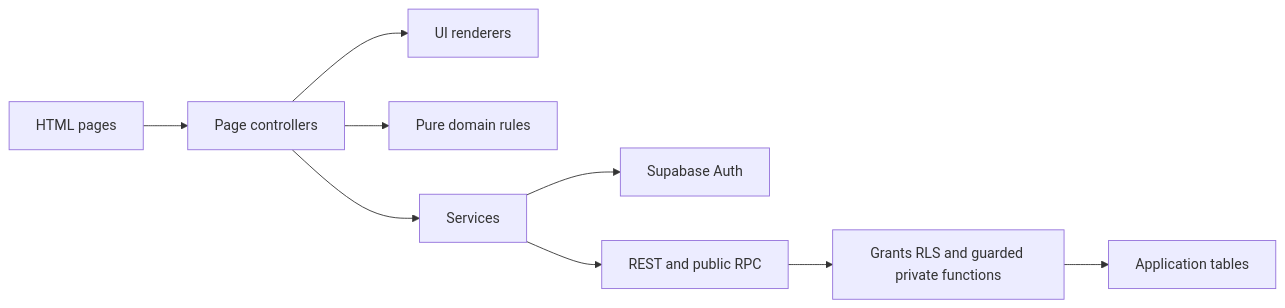
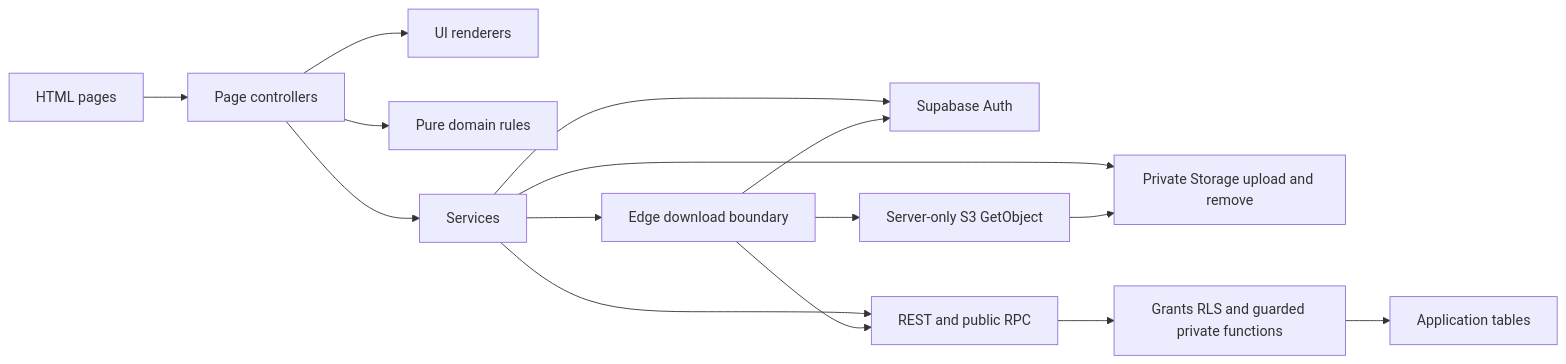
Before and after one commit to ilopolo/PropertyHub: the first of 4 diagrams in docs/public/ARCHITECTURE.md, drawn with Mermaid. The commit also changed other lines of this file and 7 other files, not shown here.

````diff
--- a/docs/public/ARCHITECTURE.md
+++ b/docs/public/ARCHITECTURE.md
@@ -9,11 +9,17 @@
 ```mermaid
 flowchart LR
     Pages[HTML pages] --> Controllers[Page controllers]
     Controllers --> UI[UI renderers]
     Controllers --> Domain[Pure domain rules]
     Controllers --> Services[Services]
     Services --> Auth[Supabase Auth]
     Services --> API[REST and public RPC]
+    Services --> Files[Private Storage upload and remove]
+    Services --> Edge[Edge download boundary]
+    Edge --> Auth
+    Edge --> API
+    Edge --> S3[Server-only S3 GetObject]
+    S3 --> Files
     API --> Guards[Grants RLS and guarded private functions]
     Guards --> DB[Application tables]
 ```
````
